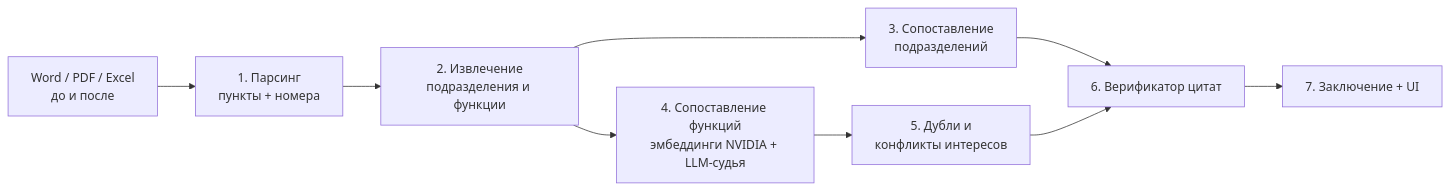
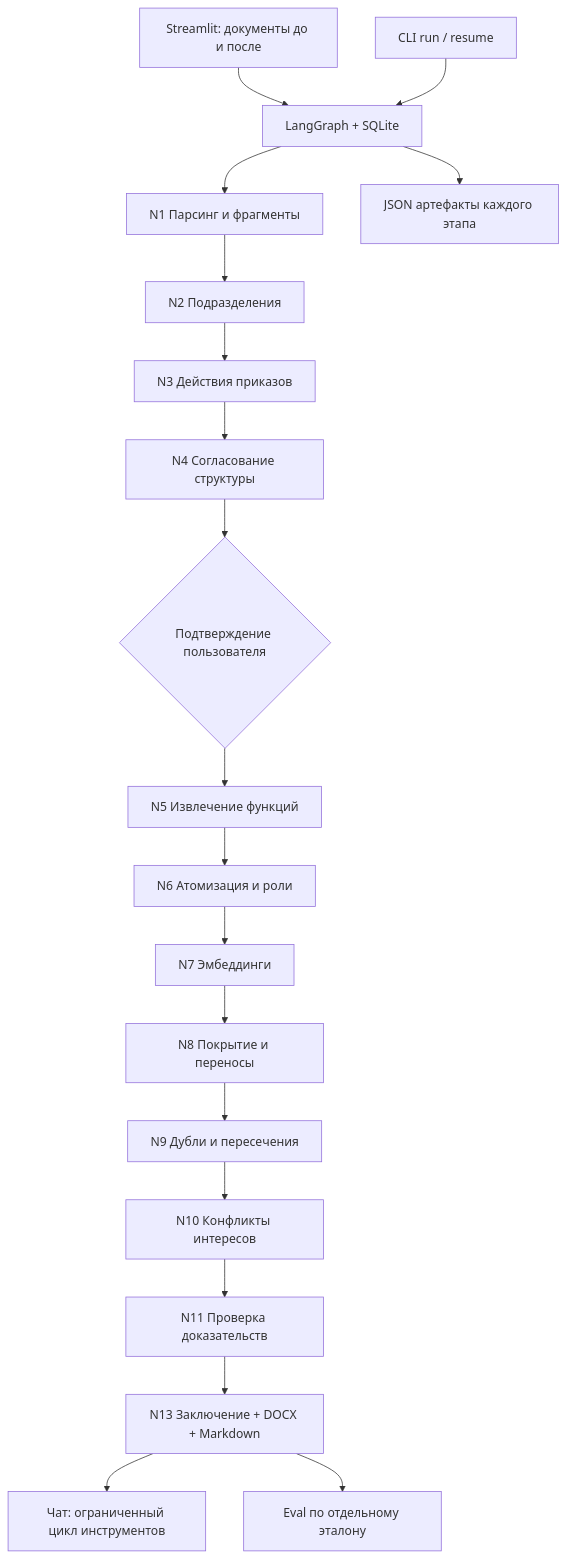
One commit to BAITC-Hacks/hack-13084f7d-k-a-i-f-a-r-i-k-i changed the diagram in README.md. Above: the diagram before and after it, drawn with Mermaid. The commit also changed other lines of this file and 11 other files, not shown here.

````diff
--- a/README.md
+++ b/README.md
@@ -30,11 +95,21 @@
 ```mermaid
-flowchart LR
-  A[Word / PDF / Excel<br/>до и после] --> B[1. Парсинг<br/>пункты + номера]
-  B --> C[2. Извлечение<br/>подразделения и функции]
-  C --> D[3. Сопоставление<br/>подразделений]
-  C --> E[4. Сопоставление функций<br/>эмбеддинги NVIDIA + LLM-судья]
-  E --> F[5. Дубли и<br/>конфликты интересов]
-  D --> G
-  F --> G[6. Верификатор цитат]
-  G --> H[7. Заключение + UI]
+flowchart TD
+    UI[Streamlit: документы до и после] --> G[LangGraph + SQLite]
+    CLI[CLI run / resume] --> G
+    G --> N1[N1 Парсинг и фрагменты]
+    N1 --> N2[N2 Подразделения]
+    N2 --> N3[N3 Действия приказов]
+    N3 --> N4[N4 Согласование структуры]
+    N4 --> H{Подтверждение пользователя}
+    H --> N5[N5 Извлечение функций]
+    N5 --> N6[N6 Атомизация и роли]
+    N6 --> N7[N7 Эмбеддинги]
+    N7 --> N8[N8 Покрытие и переносы]
+    N8 --> N9[N9 Дубли и пересечения]
+    N9 --> N10[N10 Конфликты интересов]
+    N10 --> N11[N11 Проверка доказательств]
+    N11 --> N13[N13 Заключение + DOCX + Markdown]
+    N13 --> CHAT[Чат: ограниченный цикл инструментов]
+    N13 --> EVAL[Eval по отдельному эталону]
+    G --> STORE[JSON артефакты каждого этапа]
 ```
````
